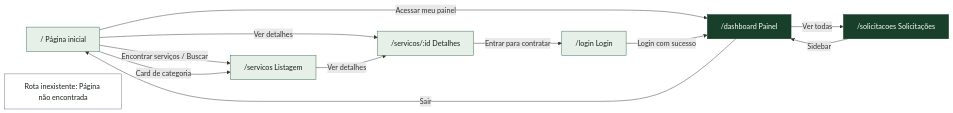
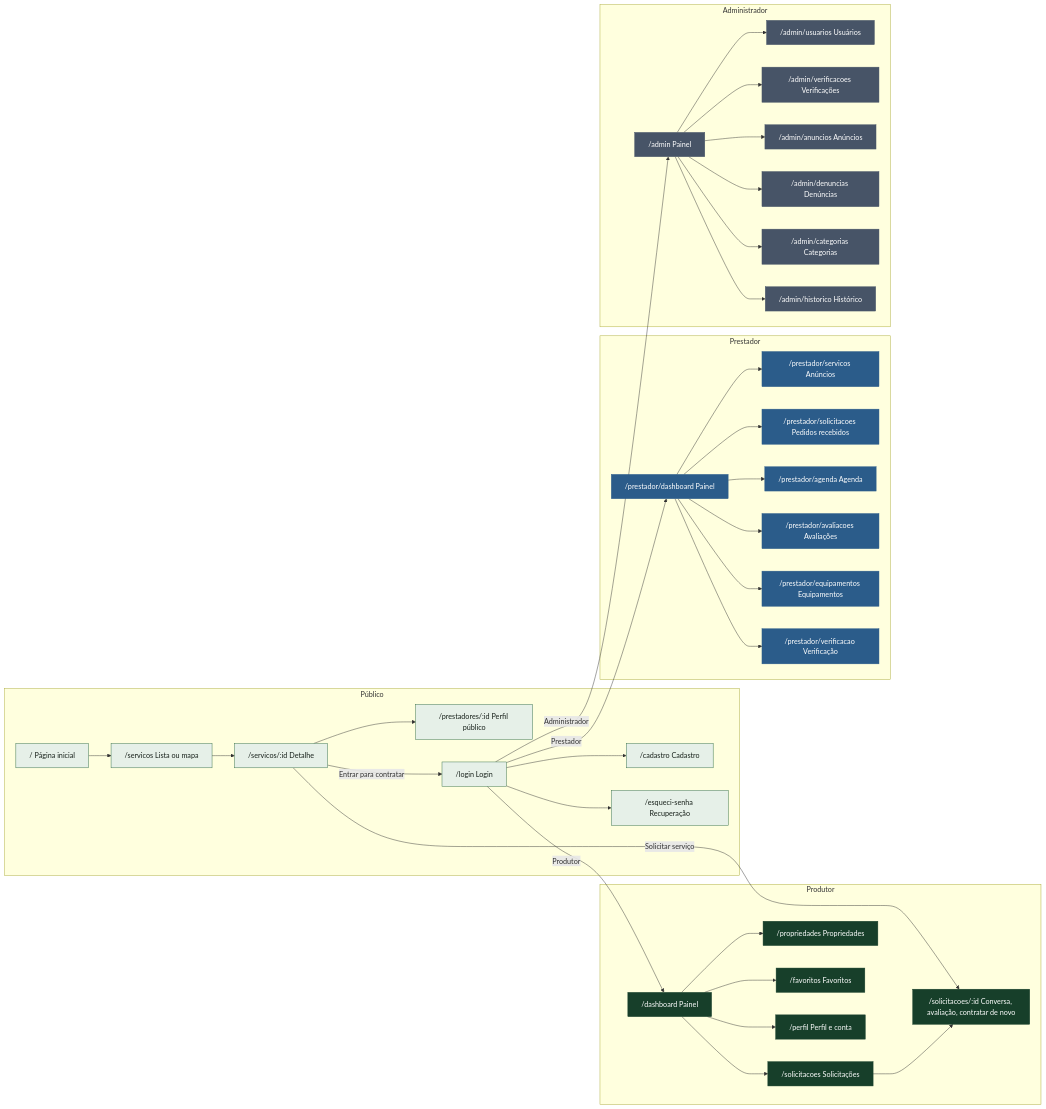
One commit to 16Jorgecamargo/agroserv changed the first of 10 diagrams in docs/flowcharts.md. Above: the diagram before and after it, drawn with Mermaid. The commit also changed other lines of this file and 18 other files, not shown here.

First line of the commit message:
feat(F7-06): final documentation and regenerated flowcharts

````diff
--- a/docs/flowcharts.md
+++ b/docs/flowcharts.md
@@ -27,28 +29,77 @@
 ```mermaid
 flowchart LR
-    home["/ Página inicial"]
-    services["/servicos Listagem"]
-    detail["/servicos/:id Detalhes"]
-    login["/login Login"]
-    dashboard["/dashboard Painel"]
-    requests["/solicitacoes Solicitações"]
-    notfound["Rota inexistente: Página não encontrada"]
+    subgraph PUBLIC["Público"]
+        home["/ Página inicial"]
+        services["/servicos Lista ou mapa"]
+        detail["/servicos/:id Detalhe"]
+        provider["/prestadores/:id Perfil público"]
+        login["/login Login"]
+        register["/cadastro Cadastro"]
+        forgot["/esqueci-senha Recuperação"]
+    end
 
-    home -->|Encontrar serviços / Buscar| services
-    home -->|Card de categoria| services
-    home -->|Ver detalhes| detail
-    services -->|Ver detalhes| detail
+    subgraph PRODUCER["Produtor"]
+        pDash["/dashboard Painel"]
+        pReq["/solicitacoes Solicitações"]
+        pReqDetail["/solicitacoes/:id Conversa, avaliação, contratar de novo"]
+        pProps["/propriedades Propriedades"]
+        pFav["/favoritos Favoritos"]
+        pProfile["/perfil Perfil e conta"]
+    end
+
+    subgraph PROVIDER["Prestador"]
+        vDash["/prestador/dashboard Painel"]
+        vServices["/prestador/servicos Anúncios"]
+        vReq["/prestador/solicitacoes Pedidos recebidos"]
+        vAgenda["/prestador/agenda Agenda"]
+        vReviews["/prestador/avaliacoes Avaliações"]
+        vEquip["/prestador/equipamentos Equipamentos"]
+        vVerify["/prestador/verificacao Verificação"]
+    end
+
+    subgraph ADMIN["Administrador"]
+        aDash["/admin Painel"]
+        aUsers["/admin/usuarios Usuários"]
+        aVerify["/admin/verificacoes Verificações"]
+        aAds["/admin/anuncios Anúncios"]
+        aReports["/admin/denuncias Denúncias"]
+        aCats["/admin/categorias Categorias"]
+        aLog["/admin/historico Histórico"]
+    end
+
+    home --> services
+    services --> detail
+    detail --> provider
     detail -->|Entrar para contratar| login
-    home -->|Acessar meu painel| dashboard
-    login -->|Login com sucesso| dashboard
-    dashboard -->|Ver todas| requests
-    requests -->|Sidebar| dashboard
-    dashboard -->|Sair| home
+    login --> register
+    login --> forgot
+    login -->|Produtor| pDash
+    login -->|Prestador| vDash
+    login -->|Administrador| aDash
+    detail -->|Solicitar serviço| pReqDetail
+    pDash --> pReq --> pReqDetail
+    pDash --> pProps
+    pDash --> pFav
+    pDash --> pProfile
+    vDash --> vServices
+    vDash --> vReq
+    vDash --> vAgenda
+    vDash --> vReviews
+    vDash --> vEquip
+    vDash --> vVerify
+    aDash --> aUsers
+    aDash --> aVerify
+    aDash --> aAds
+    aDash --> aReports
+    aDash --> aCats
+    aDash --> aLog
 
     classDef public fill:#E6F0E8,stroke:#2F6B45,color:#17201A
-    classDef private fill:#173F2A,stroke:#173F2A,color:#FFFFFF
-    classDef neutral fill:#FFFFFF,stroke:#667085,color:#17201A
-    class home,services,detail,login public
-    class dashboard,requests private
-    class notfound neutral
+    classDef producer fill:#173F2A,stroke:#173F2A,color:#FFFFFF
+    classDef provider fill:#2B5C8A,stroke:#2B5C8A,color:#FFFFFF
+    classDef admin fill:#475467,stroke:#475467,color:#FFFFFF
+    class home,services,detail,provider,login,register,forgot public
+    class pDash,pReq,pReqDetail,pProps,pFav,pProfile producer
+    class vDash,vServices,vReq,vAgenda,vReviews,vEquip,vVerify provider
+    class aDash,aUsers,aVerify,aAds,aReports,aCats,aLog admin
 ```
````
